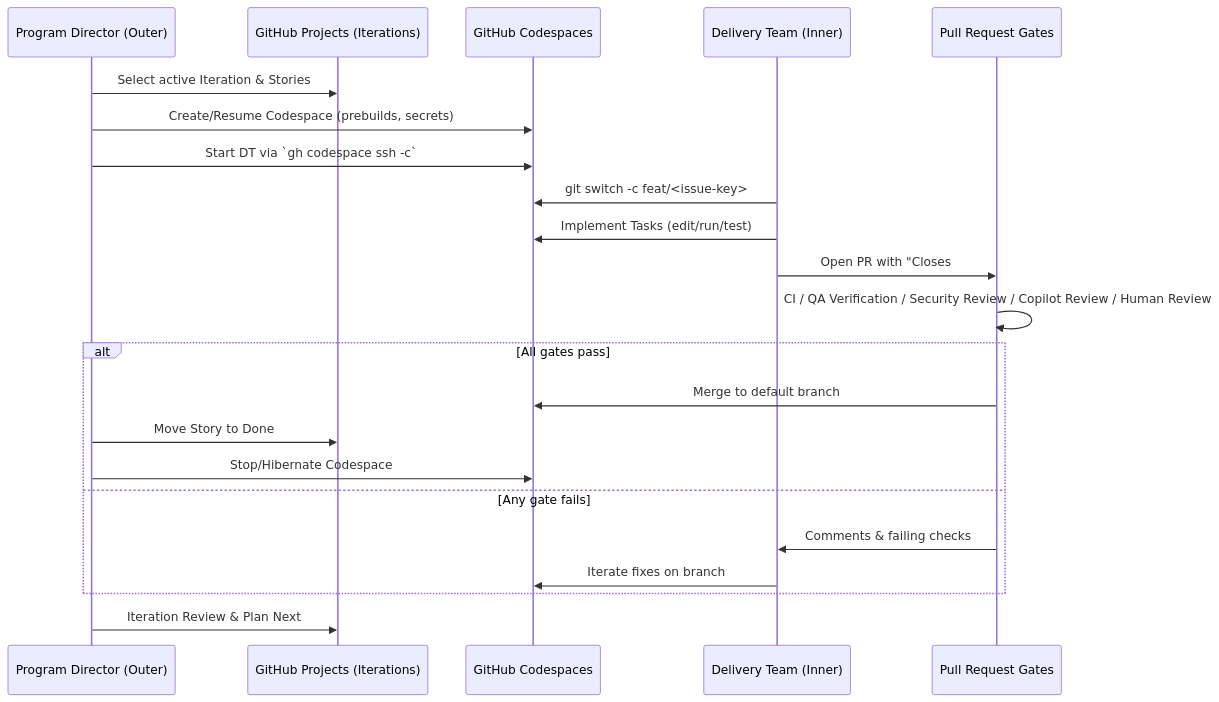
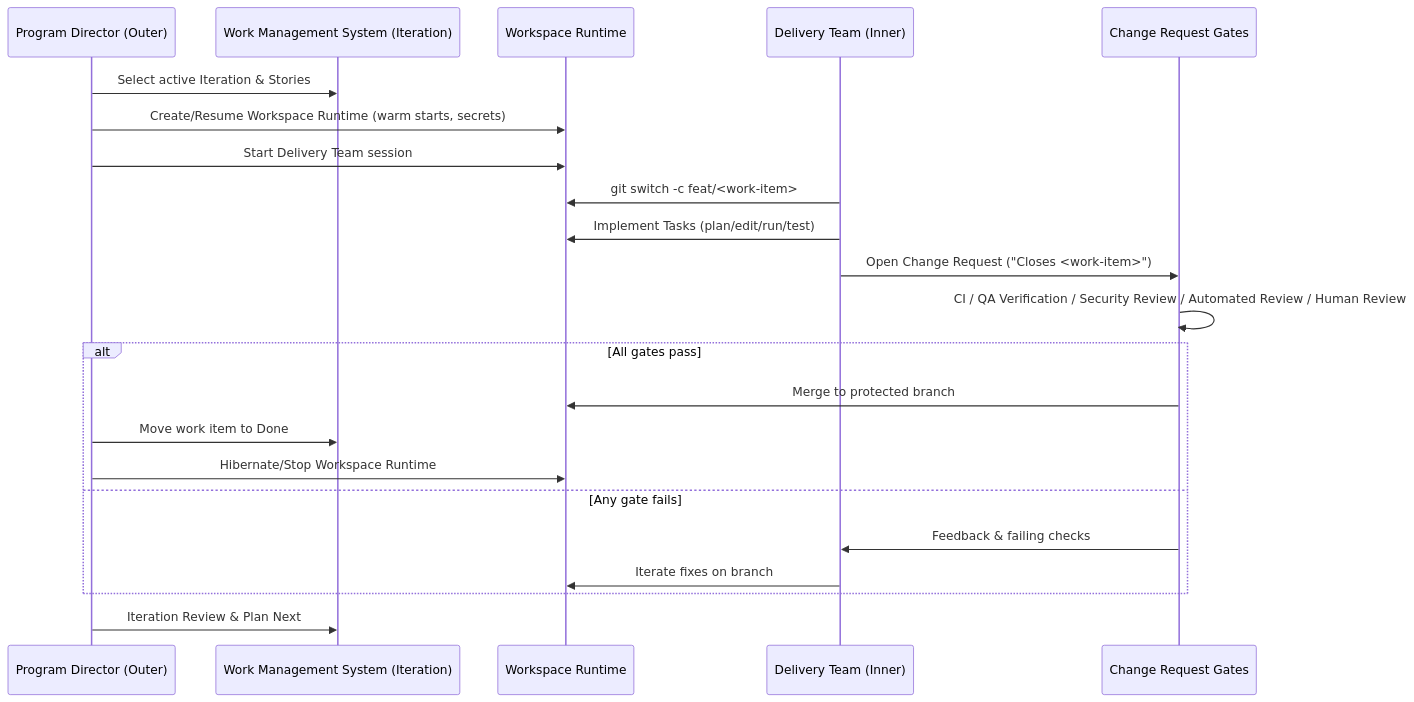
One commit to airnub/agentic-delivery-framework-internal changed the diagram in docs/adrs/0001-architecture-dual-loop.md. Above: the diagram before and after it, drawn with Mermaid. The commit also changed other lines of this file and 19 other files, not shown here.

````diff
--- a/docs/adrs/0001-architecture-dual-loop.md
+++ b/docs/adrs/0001-architecture-dual-loop.md
@@ -26,26 +23,26 @@
 ```mermaid
 sequenceDiagram
-  %% Agentic Delivery Framework — Dual-Loop Sequence
+  %% Agentic Delivery Framework — Dual-Loop Sequence (Neutral)
   participant PD as Program Director (Outer)
-  participant GH as GitHub Projects (Iterations)
-  participant CS as GitHub Codespaces
+  participant WM as Work Management System (Iteration)
+  participant WR as Workspace Runtime
   participant DT as Delivery Team (Inner)
-  participant PR as Pull Request Gates
+  participant CR as Change Request Gates
 
-  PD->>GH: Select active Iteration & Stories
-  PD->>CS: Create/Resume Codespace (prebuilds, secrets)
-  PD->>CS: Start DT via `gh codespace ssh -c`
-  DT->>CS: git switch -c feat/<issue-key>
-  DT->>CS: Implement Tasks (edit/run/test)
-  DT->>PR: Open PR with "Closes #<issue-id>"
-  PR->>PR: CI / QA Verification / Security Review / Copilot Review / Human Review
+  PD->>WM: Select active Iteration & Stories
+  PD->>WR: Create/Resume Workspace Runtime (warm starts, secrets)
+  PD->>WR: Start Delivery Team session
+  DT->>WR: git switch -c feat/<work-item>
+  DT->>WR: Implement Tasks (plan/edit/run/test)
+  DT->>CR: Open Change Request ("Closes <work-item>")
+  CR->>CR: CI / QA Verification / Security Review / Automated Review / Human Review
   alt All gates pass
-    PR->>CS: Merge to default branch
-    PD->>GH: Move Story to Done
-    PD->>CS: Stop/Hibernate Codespace
+    CR->>WR: Merge to protected branch
+    PD->>WM: Move work item to Done
+    PD->>WR: Hibernate/Stop Workspace Runtime
   else Any gate fails
-    PR->>DT: Comments & failing checks
-    DT->>CS: Iterate fixes on branch
+    CR->>DT: Feedback & failing checks
+    DT->>WR: Iterate fixes on branch
   end
-  PD->>GH: Iteration Review & Plan Next
+  PD->>WM: Iteration Review & Plan Next
 ```
````
